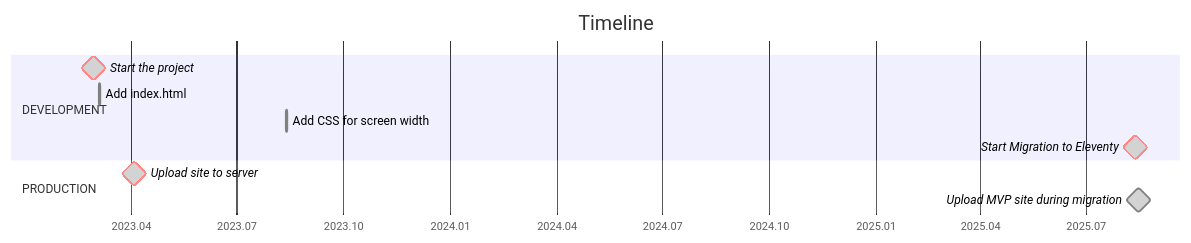
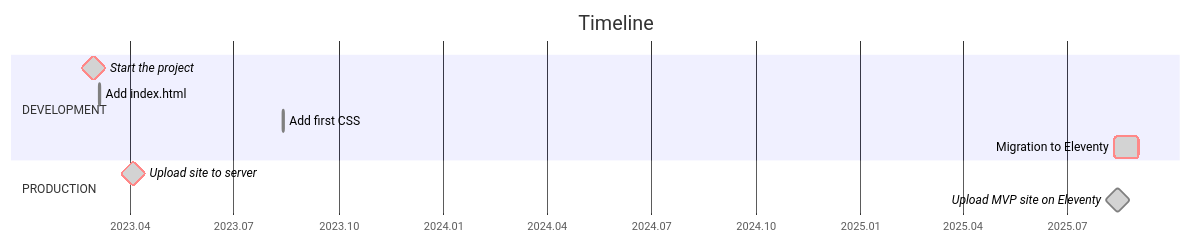
The diagram in README.md (tropintropin/tropin), drawn with Mermaid before and after one commit. The commit also changed other lines of this file, not shown here.

````diff
--- a/README.md
+++ b/README.md
@@ -12,16 +12,16 @@
 ```mermaid
 gantt
 title       Timeline
 dateFormat  YYYY.MM.DD
 axisFormat  %Y.%m
 
 section DEVELOPMENT
 Start the project                     :milestone,             crit, done, 2023.02.28, 0d
 Add index.html                        :done,          html0,              2023.03.05, 1d
-Add CSS for screen width              :done,          css0,               2023.08.13, 1d
-Start Migration to Eleventy           :milestone,             crit, done, 2025.08.12, 0d
+Add first CSS                         :done,          css0,               2023.08.13, 1d
+Migration to Eleventy                 :done,                  crit,       2025.08.12, 2025.09.02
 
 section PRODUCTION
 Upload site to server                 :milestone,             crit, done, 2023.04.04, 0d
-Upload MVP site during migration      :milestone,                   done, 2025.08.15, 0d
+Upload MVP site on Eleventy           :milestone,                   done, 2025.08.15, 0d
 ```
````
